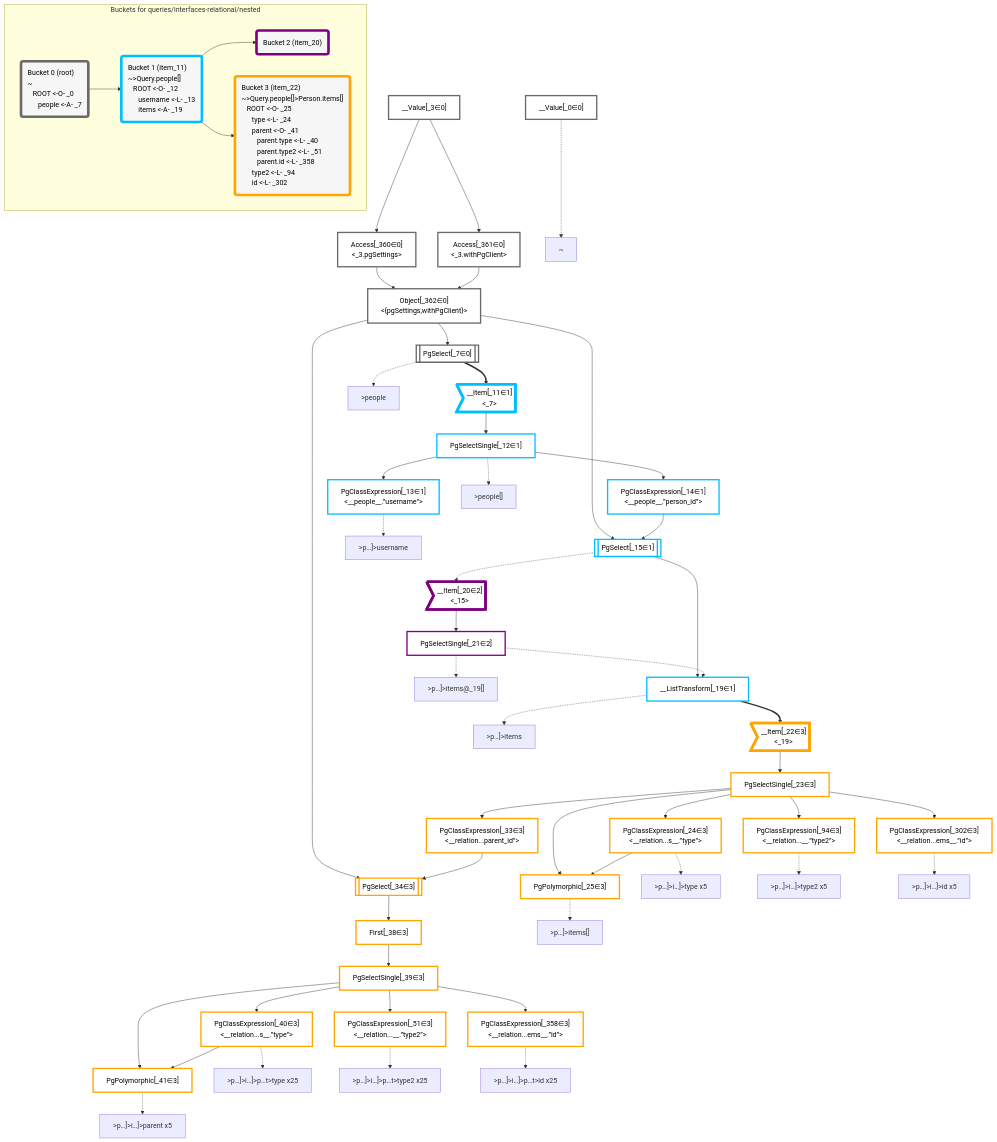
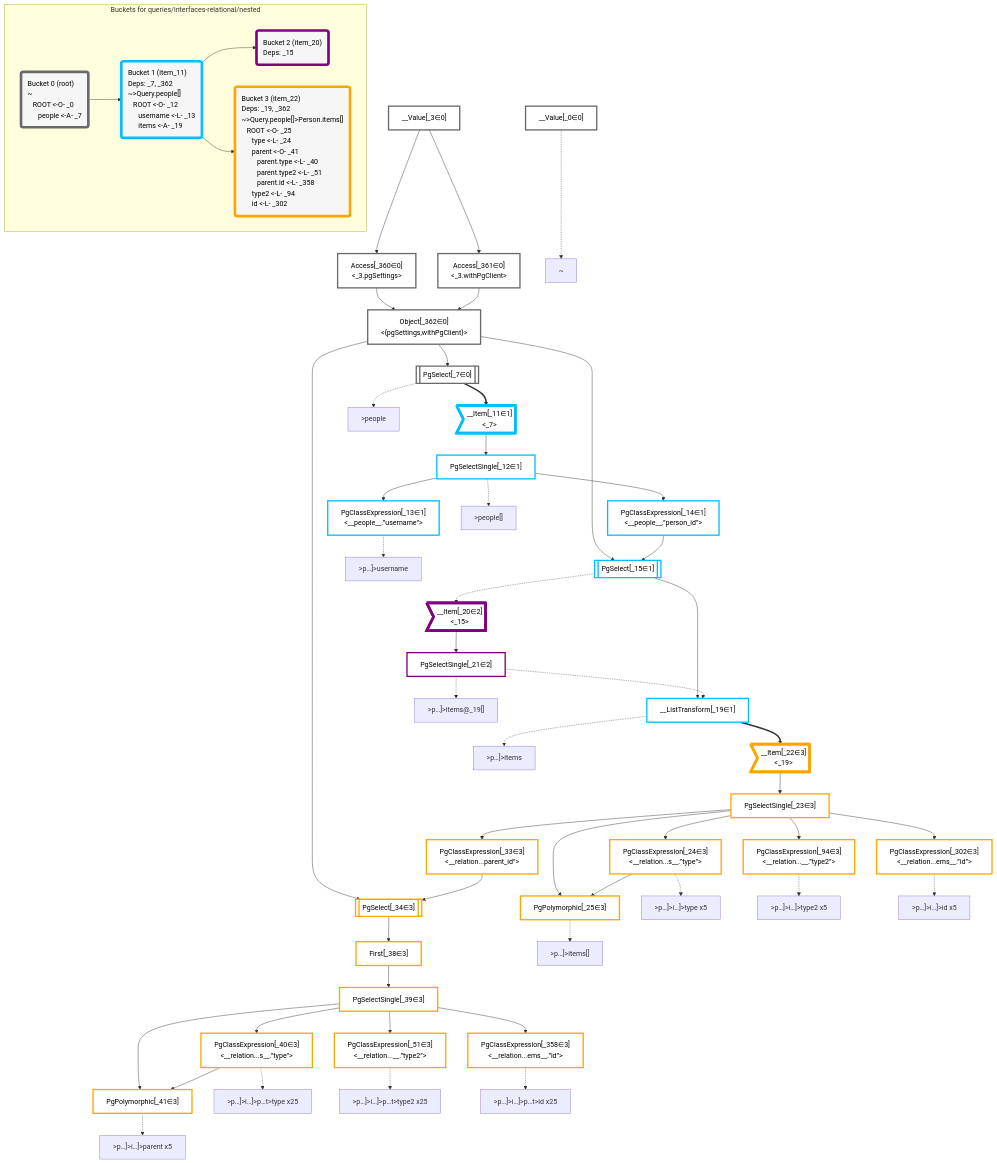
The diagram in packages/dataplan-pg/__tests__/queries/interfaces-relational/nested.deopt.mermaid.md (graphile/crystal), drawn with Mermaid before and after one commit. The commit also changed 157 other files, not shown here.

Commit message:
Add deps to all query snapshots

```diff
--- a/packages/dataplan-pg/__tests__/queries/interfaces-relational/nested.deopt.mermaid.md
+++ b/packages/dataplan-pg/__tests__/queries/interfaces-relational/nested.deopt.mermaid.md
@@ -114,13 +114,13 @@
     subgraph "Buckets for queries/interfaces-relational/nested"
     Bucket0("Bucket 0 (root)<br />~<br />⠀ROOT <-O- _0<br />⠀⠀people <-A- _7"):::bucket
     style Bucket0 stroke:#696969
-    Bucket1("Bucket 1 (item_11)<br />~>Query.people[]<br />⠀ROOT <-O- _12<br />⠀⠀username <-L- _13<br />⠀⠀items <-A- _19"):::bucket
+    Bucket1("Bucket 1 (item_11)<br />Deps: _7, _362<br />~>Query.people[]<br />⠀ROOT <-O- _12<br />⠀⠀username <-L- _13<br />⠀⠀items <-A- _19"):::bucket
     style Bucket1 stroke:#00bfff
     Bucket0 --> Bucket1
-    Bucket2("Bucket 2 (item_20)"):::bucket
+    Bucket2("Bucket 2 (item_20)<br />Deps: _15"):::bucket
     style Bucket2 stroke:#7f007f
     Bucket1 --> Bucket2
-    Bucket3("Bucket 3 (item_22)<br />~>Query.people[]>Person.items[]<br />⠀ROOT <-O- _25<br />⠀⠀type <-L- _24<br />⠀⠀parent <-O- _41<br />⠀⠀⠀parent.type <-L- _40<br />⠀⠀⠀parent.type2 <-L- _51<br />⠀⠀⠀parent.id <-L- _358<br />⠀⠀type2 <-L- _94<br />⠀⠀id <-L- _302"):::bucket
+    Bucket3("Bucket 3 (item_22)<br />Deps: _19, _362<br />~>Query.people[]>Person.items[]<br />⠀ROOT <-O- _25<br />⠀⠀type <-L- _24<br />⠀⠀parent <-O- _41<br />⠀⠀⠀parent.type <-L- _40<br />⠀⠀⠀parent.type2 <-L- _51<br />⠀⠀⠀parent.id <-L- _358<br />⠀⠀type2 <-L- _94<br />⠀⠀id <-L- _302"):::bucket
     style Bucket3 stroke:#ffa500
     Bucket1 --> Bucket3
     end
```
